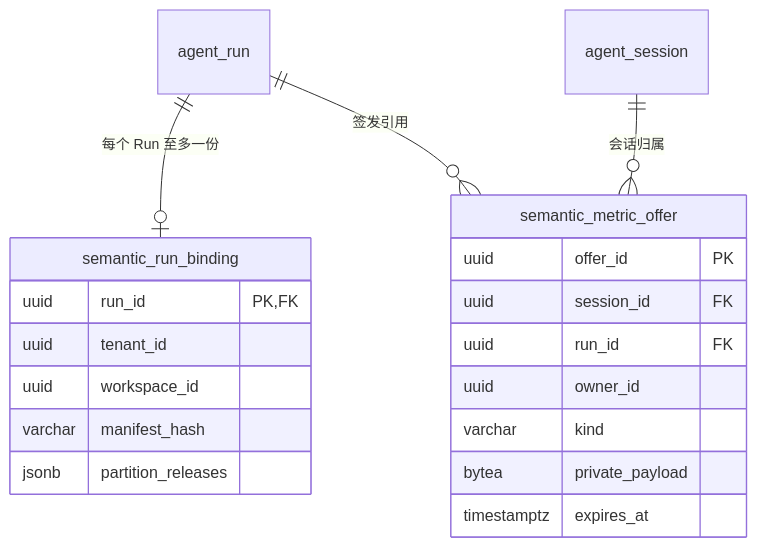
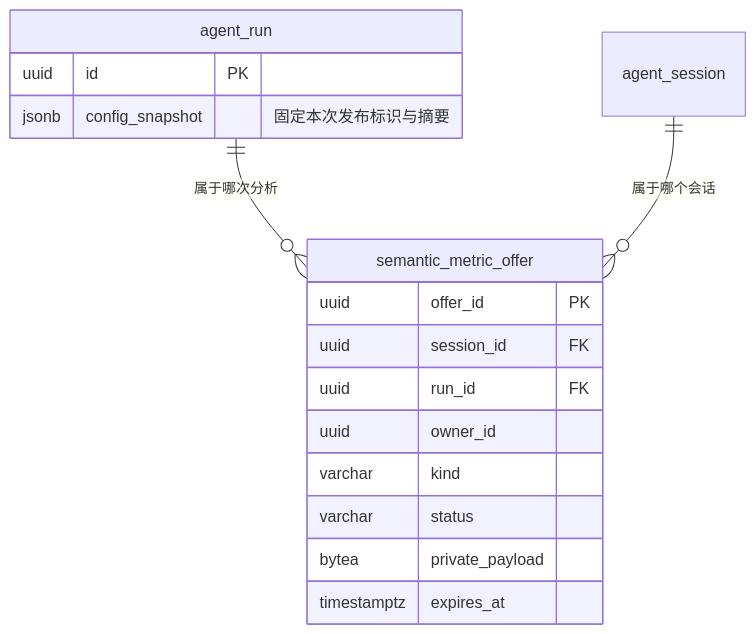
Before and after one commit to RuiLu007/compass: the seventh of 13 diagrams in mai-specs/974-lesson-22-enterprise-semantic-governance/design/document/retail-assets.md, drawn with Mermaid. The commit also changed other lines of this file and 387 other files, not shown here.

````diff
--- a/mai-specs/974-lesson-22-enterprise-semantic-governance/design/document/retail-assets.md
+++ b/mai-specs/974-lesson-22-enterprise-semantic-governance/design/document/retail-assets.md
@@ -138,22 +175,19 @@
-```mermaid Agent 的 Run 固定清单与会话私有引用
+```mermaid Agent 私有引用与会话、任务的关联
 erDiagram
-    agent_run ||--o| semantic_run_binding : "每个 Run 至多一份"
-    agent_run ||--o{ semantic_metric_offer : "签发引用"
-    agent_session ||--o{ semantic_metric_offer : "会话归属"
-    semantic_run_binding {
-        uuid run_id PK,FK
-        uuid tenant_id
-        uuid workspace_id
-        varchar manifest_hash
-        jsonb partition_releases
+    agent_run ||--o{ semantic_metric_offer : "属于哪次分析"
+    agent_session ||--o{ semantic_metric_offer : "属于哪个会话"
+    agent_run {
+        uuid id PK
+        jsonb config_snapshot "固定本次发布标识与摘要"
     }
     semantic_metric_offer {
         uuid offer_id PK
         uuid session_id FK
         uuid run_id FK
         uuid owner_id
         varchar kind
+        varchar status
         bytea private_payload
         timestamptz expires_at
     }
 ```
````
